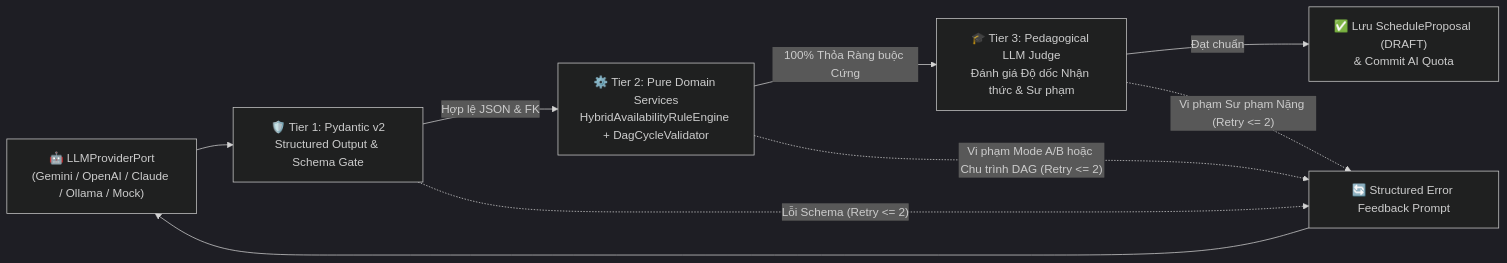
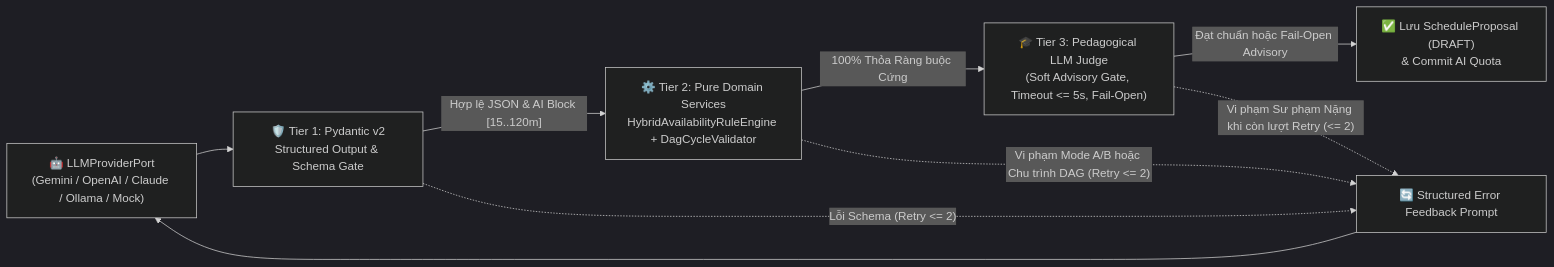
One commit to Coffat/FocusFlow changed the diagram in docs/decisions/ADR-009-ai-constraint-validation-and-evaluation-harness.md. Above: the diagram before and after it, drawn with Mermaid (dark theme). The commit also changed other lines of this file and 131 other files, not shown here.

Commit message:
docs: synchronize system architecture, database schema, ADRs, and UML specifications

````diff
--- a/docs/decisions/ADR-009-ai-constraint-validation-and-evaluation-harness.md
+++ b/docs/decisions/ADR-009-ai-constraint-validation-and-evaluation-harness.md
@@ -47,11 +48,11 @@
 ```mermaid
 flowchart LR
     LLM["🤖 LLMProviderPort<br/>(Gemini / OpenAI / Claude / Ollama / Mock)"] --> T1["🛡️ Tier 1: Pydantic v2<br/>Structured Output & Schema Gate"]
-    T1 -->|"Hợp lệ JSON & FK"| T2["⚙️ Tier 2: Pure Domain Services<br/>HybridAvailabilityRuleEngine + DagCycleValidator"]
-    T2 -->|"100% Thỏa Ràng buộc Cứng"| T3["🎓 Tier 3: Pedagogical LLM Judge<br/>Đánh giá Độ dốc Nhận thức & Sư phạm"]
-    T3 -->|"Đạt chuẩn"| Draft["✅ Lưu ScheduleProposal (DRAFT)<br/>& Commit AI Quota"]
+    T1 -->|"Hợp lệ JSON & AI Block [15..120m]"| T2["⚙️ Tier 2: Pure Domain Services<br/>HybridAvailabilityRuleEngine + DagCycleValidator"]
+    T2 -->|"100% Thỏa Ràng buộc Cứng"| T3["🎓 Tier 3: Pedagogical LLM Judge<br/>(Soft Advisory Gate, Timeout <= 5s, Fail-Open)"]
+    T3 -->|"Đạt chuẩn hoặc Fail-Open Advisory"| Draft["✅ Lưu ScheduleProposal (DRAFT)<br/>& Commit AI Quota"]
     T1 -.->|"Lỗi Schema (Retry <= 2)"| Retry["🔄 Structured Error Feedback Prompt"]
     T2 -.->|"Vi phạm Mode A/B hoặc Chu trình DAG (Retry <= 2)"| Retry
-    T3 -.->|"Vi phạm Sư phạm Nặng (Retry <= 2)"| Retry
+    T3 -.->|"Vi phạm Sư phạm Nặng khi còn lượt Retry (<= 2)"| Retry
     Retry --> LLM
 ```
````
